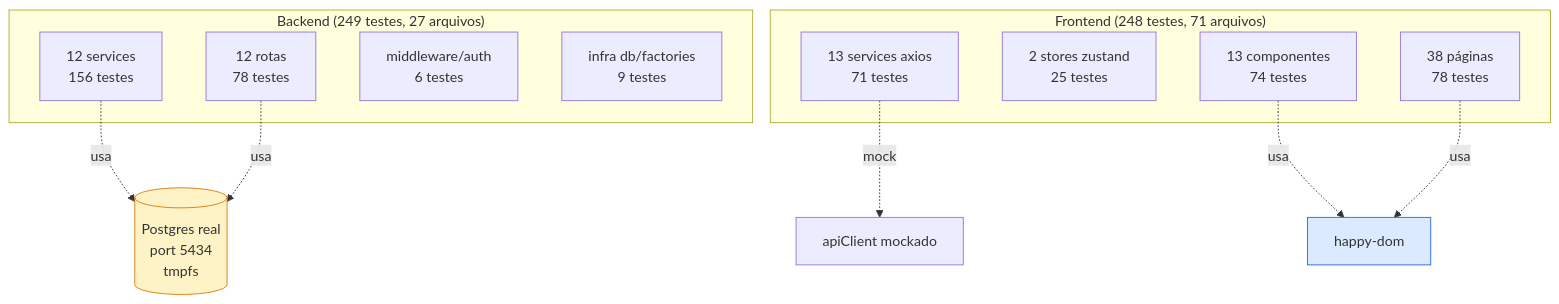
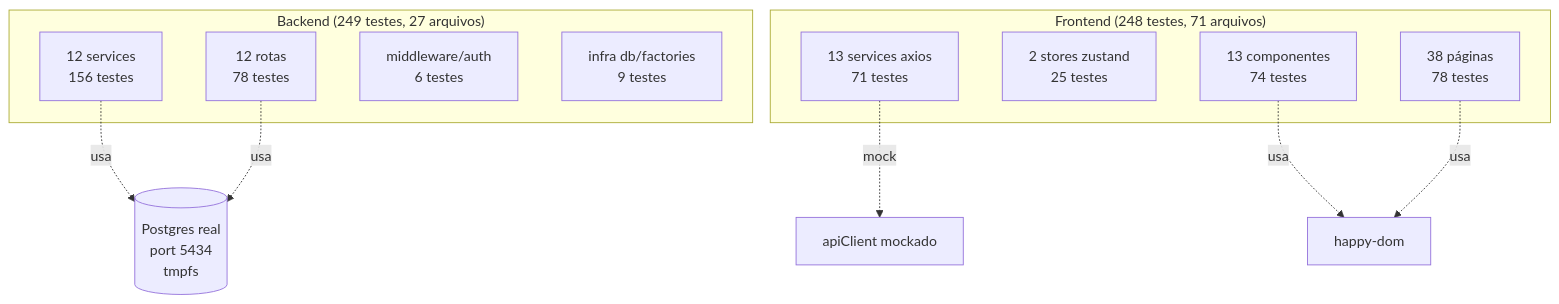
Before and after one commit to ribeirocarlos87/mini-erp-web: the fifth of 6 diagrams in README.md, drawn with Mermaid. The commit also changed other lines of this file, not shown here.

First line of the commit message:
docs: remove cores fixas dos diagramas Mermaid (legibilidade em dark mode)

````diff
--- a/README.md
+++ b/README.md
@@ -225,25 +221,22 @@
 ```mermaid
 graph TB
     subgraph "Backend (249 testes, 27 arquivos)"
         BS[12 services<br/>156 testes]
         BR[12 rotas<br/>78 testes]
         BM[middleware/auth<br/>6 testes]
         BI[infra db/factories<br/>9 testes]
     end
 
     subgraph "Frontend (248 testes, 71 arquivos)"
         FS[13 services axios<br/>71 testes]
         FT[2 stores zustand<br/>25 testes]
         FC[13 componentes<br/>74 testes]
         FP[38 páginas<br/>78 testes]
     end
 
     BS -.usa.-> Postgres[(Postgres real<br/>port 5434<br/>tmpfs)]
     BR -.usa.-> Postgres
     FS -.mock.-> AxiosMock[apiClient mockado]
     FC -.usa.-> happydom[happy-dom]
     FP -.usa.-> happydom
-
-    style Postgres fill:#fef3c7,stroke:#d97706
-    style happydom fill:#dbeafe,stroke:#2563eb
 ```
````
